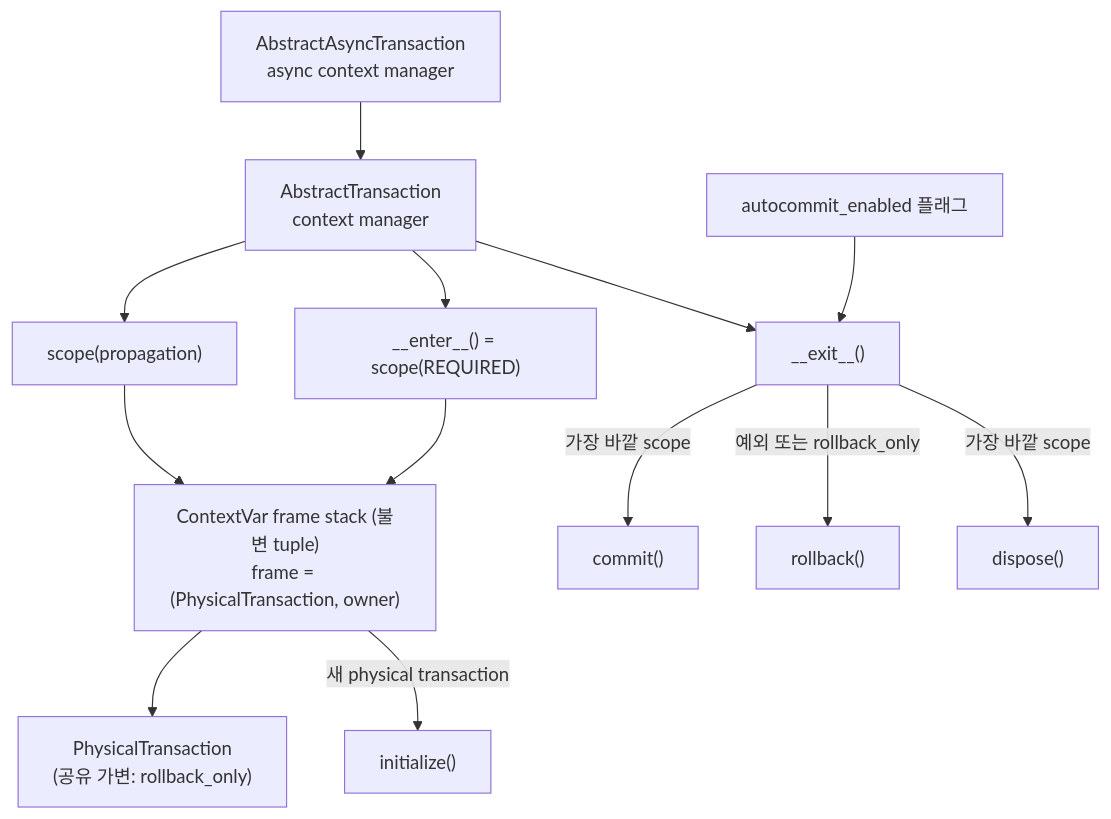
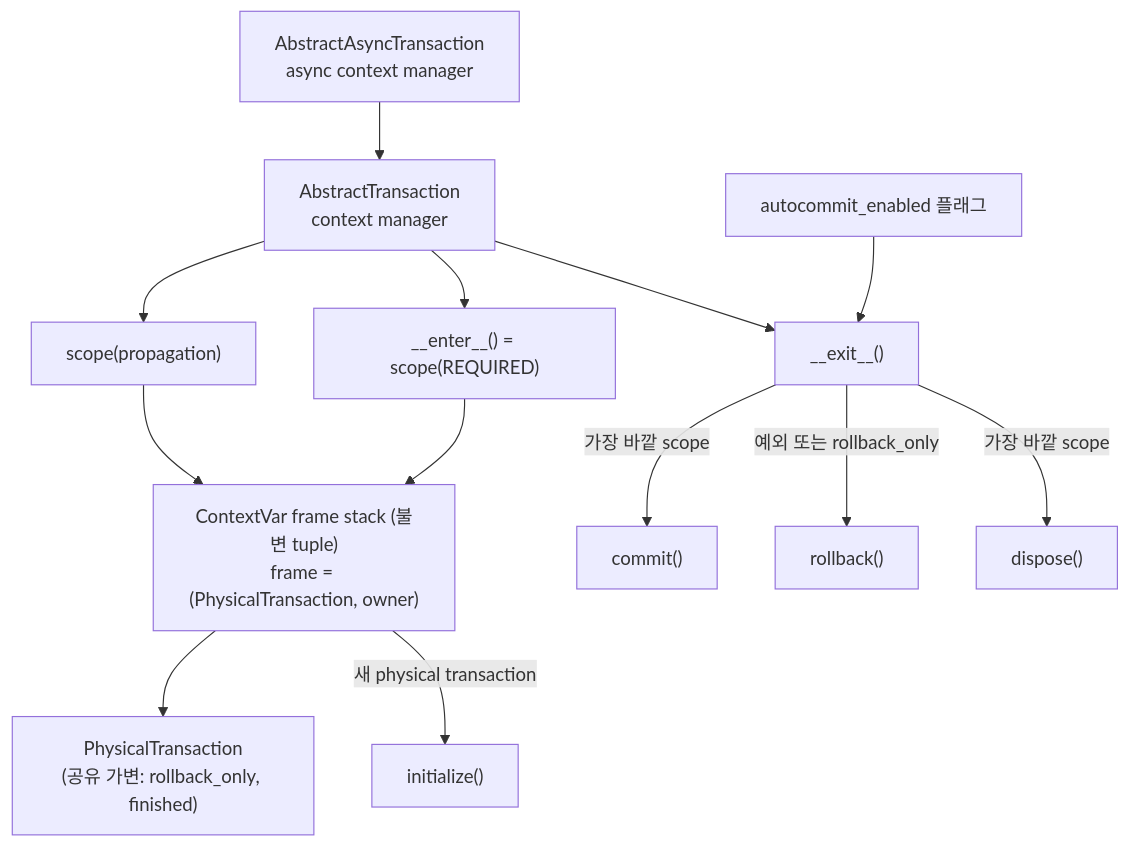
The eighth of 14 diagrams in ARCHITECTURE.md (E5presso/spakky-framework), drawn with Mermaid before and after one commit. The commit also changed other lines of this file and 14 other files, not shown here.

````diff
--- a/ARCHITECTURE.md
+++ b/ARCHITECTURE.md
@@ -860,28 +861,28 @@
 ```mermaid
 flowchart TD
     tx["AbstractTransaction<br/>context manager"]
     scope["scope(propagation)"]
     frames["ContextVar frame stack (불변 tuple)<br/>frame = (PhysicalTransaction, owner)"]
-    physical["PhysicalTransaction<br/>(공유 가변: rollback_only)"]
+    physical["PhysicalTransaction<br/>(공유 가변: rollback_only, finished)"]
     enter["__enter__() = scope(REQUIRED)"]
     init["initialize()"]
     exit["__exit__()"]
     commit["commit()"]
     rollback["rollback()"]
     dispose["dispose()"]
     flag["autocommit_enabled 플래그"]
     async_tx["AbstractAsyncTransaction<br/>async context manager"]
 
     tx --> scope
     tx --> enter
     scope --> frames
     frames --> physical
     enter --> frames
     frames -->|"새 physical transaction"| init
     tx --> exit
     exit -->|"가장 바깥 scope"| commit
     exit -->|"예외 또는 rollback_only"| rollback
     exit -->|"가장 바깥 scope"| dispose
     flag --> exit
     async_tx --> tx
 ```
````
